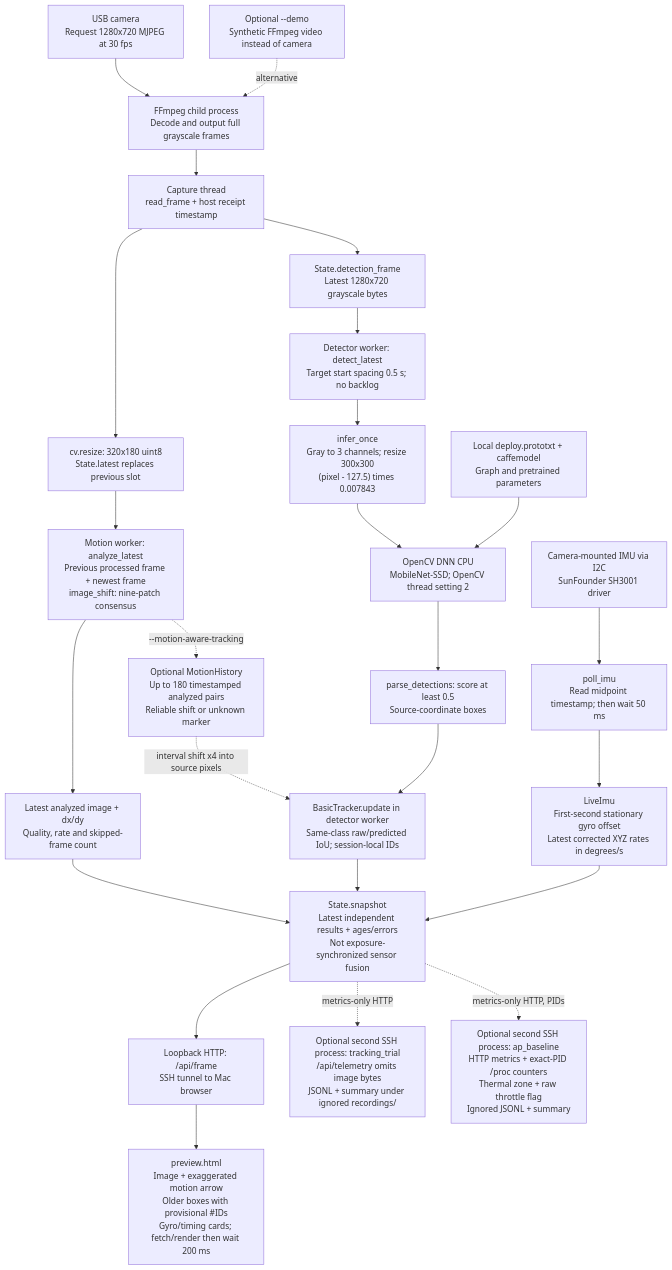
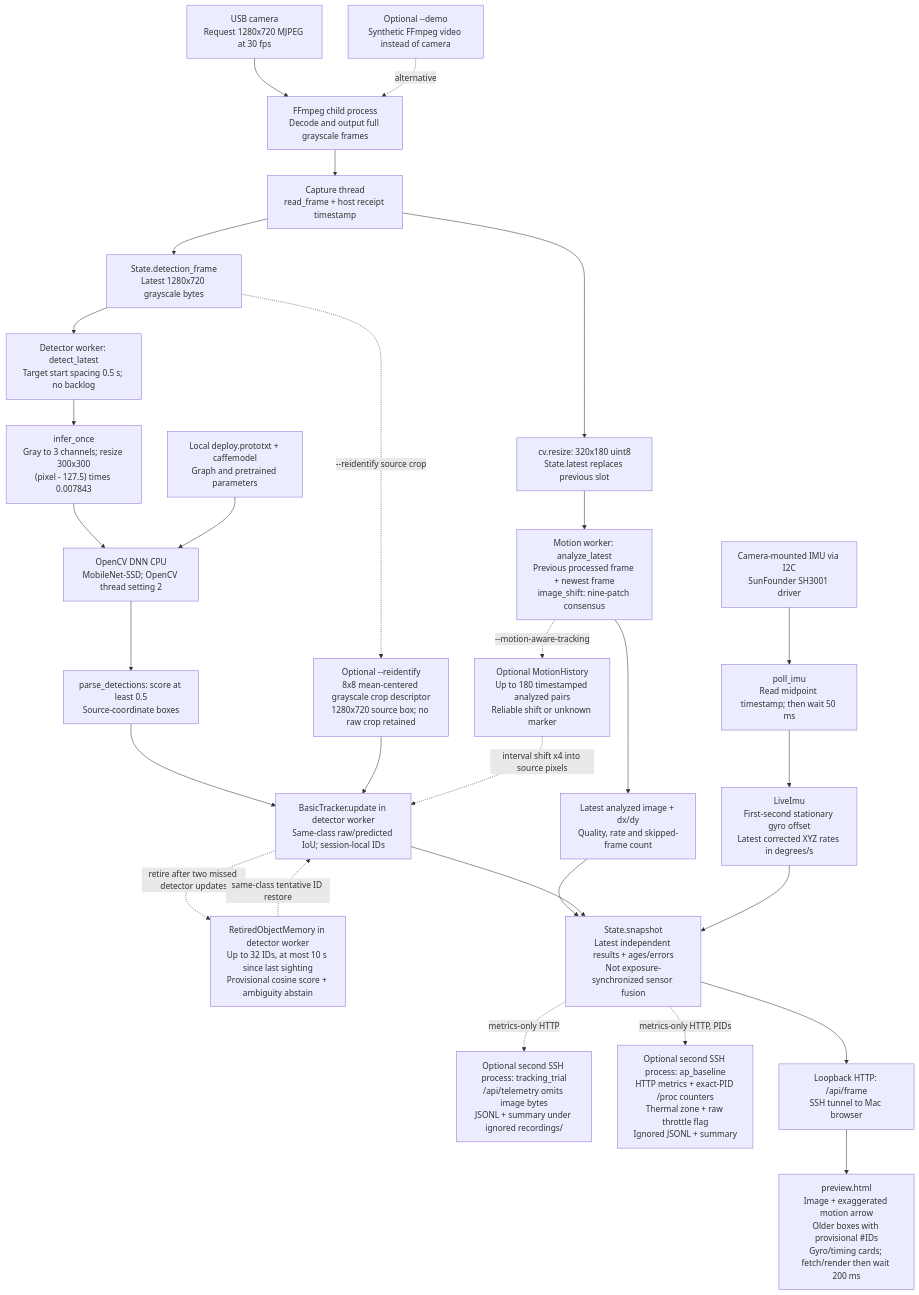
The diagram in docs/PIPELINE.md (choir0322/edgexr), drawn with Mermaid before and after one commit. The commit also changed other lines of this file and 15 other files, not shown here.

````diff
--- a/docs/PIPELINE.md
+++ b/docs/PIPELINE.md
@@ -19,41 +19,46 @@
 ```mermaid
 flowchart TD
     CAMERA["USB camera<br/>Request 1280x720 MJPEG at 30 fps"]
     DEMO["Optional --demo<br/>Synthetic FFmpeg video instead of camera"]
     FF["FFmpeg child process<br/>Decode and output full grayscale frames"]
     CAP["Capture thread<br/>read_frame + host receipt timestamp"]
     SMALL["cv.resize: 320x180 uint8<br/>State.latest replaces previous slot"]
     MOTION["Motion worker: analyze_latest<br/>Previous processed frame + newest frame<br/>image_shift: nine-patch consensus"]
     RESULT["Latest analyzed image + dx/dy<br/>Quality, rate and skipped-frame count"]
     HISTORY["Optional MotionHistory<br/>Up to 180 timestamped analyzed pairs<br/>Reliable shift or unknown marker"]
     FULL["State.detection_frame<br/>Latest 1280x720 grayscale bytes"]
     DET["Detector worker: detect_latest<br/>Target start spacing 0.5 s; no backlog"]
     PRE["infer_once<br/>Gray to 3 channels; resize 300x300<br/>(pixel - 127.5) times 0.007843"]
     NET["OpenCV DNN CPU<br/>MobileNet-SSD; OpenCV thread setting 2"]
     BOX["parse_detections: score at least 0.5<br/>Source-coordinate boxes"]
     TRACK["BasicTracker.update in detector worker<br/>Same-class raw/predicted IoU; session-local IDs"]
+    DESC["Optional --reidentify<br/>8x8 mean-centered grayscale crop descriptor<br/>1280x720 source box; no raw crop retained"]
+    MEMORY["RetiredObjectMemory in detector worker<br/>Up to 32 IDs, at most 10 s since last sighting<br/>Provisional cosine score + ambiguity abstain"]
     MODEL["Local deploy.prototxt + caffemodel<br/>Graph and pretrained parameters"]
     IMU["Camera-mounted IMU via I2C<br/>SunFounder SH3001 driver"]
     POLL["poll_imu<br/>Read midpoint timestamp; then wait 50 ms"]
     BIAS["LiveImu<br/>First-second stationary gyro offset<br/>Latest corrected XYZ rates in degrees/s"]
     STATE["State.snapshot<br/>Latest independent results + ages/errors<br/>Not exposure-synchronized sensor fusion"]
     TRIAL["Optional second SSH process: tracking_trial<br/>/api/telemetry omits image bytes<br/>JSONL + summary under ignored recordings/"]
     AP["Optional second SSH process: ap_baseline<br/>HTTP metrics + exact-PID /proc counters<br/>Thermal zone + raw throttle flag<br/>Ignored JSONL + summary"]
     WEB["Loopback HTTP: /api/frame<br/>SSH tunnel to Mac browser"]
     UI["preview.html<br/>Image + exaggerated motion arrow<br/>Older boxes with provisional #IDs<br/>Gyro/timing cards; fetch/render then wait 200 ms"]
     CAMERA --> FF
     DEMO -. alternative .-> FF
     FF --> CAP
     CAP --> SMALL --> MOTION --> RESULT
     MOTION -. "--motion-aware-tracking" .-> HISTORY
     CAP --> FULL --> DET --> PRE --> NET --> BOX --> TRACK
+    FULL -. "--reidentify source crop" .-> DESC --> TRACK
+    TRACK -. "retire after two missed detector updates" .-> MEMORY
+    MEMORY -. "same-class tentative ID restore" .-> TRACK
     MODEL --> NET
     HISTORY -. "interval shift x4 into source pixels" .-> TRACK
     IMU --> POLL --> BIAS
     RESULT --> STATE
     TRACK --> STATE
     BIAS --> STATE
     STATE --> WEB --> UI
     STATE -. "metrics-only HTTP" .-> TRIAL
     STATE -. "metrics-only HTTP, PIDs" .-> AP
 ```
````
